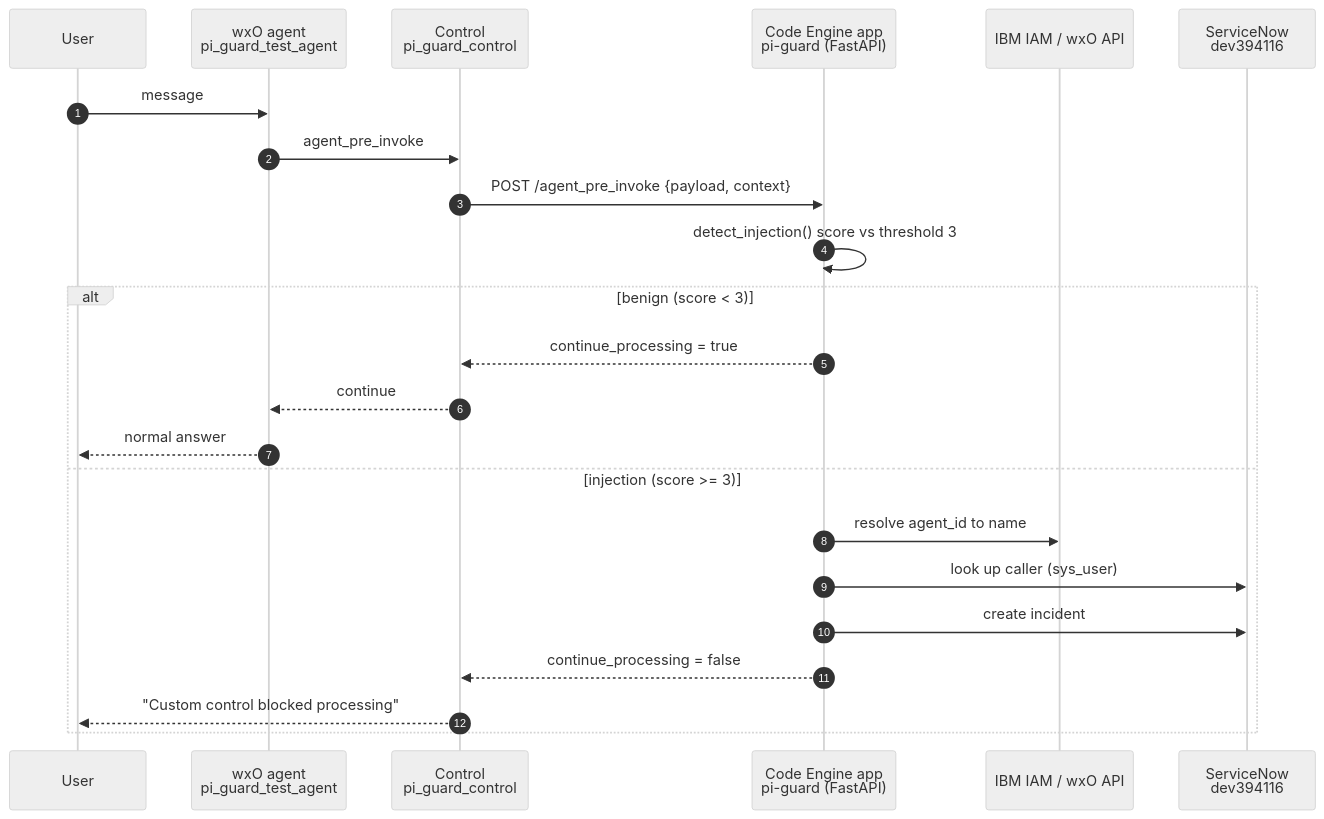
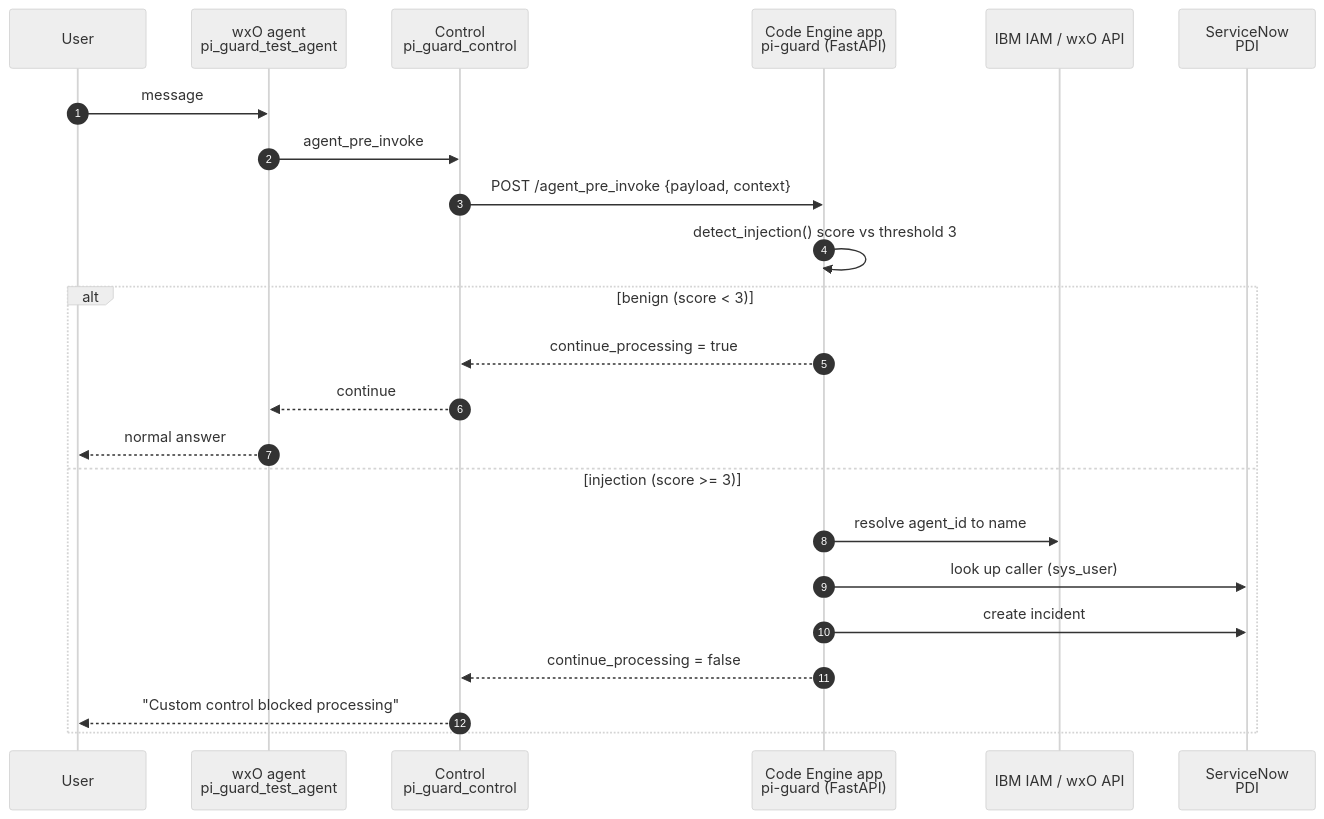
The first of 2 diagrams in docs/PI_GUARD.md (Sriramybis/Prompt_Injection_Trigger), drawn with Mermaid (neutral theme) before and after one commit. The commit also changed other lines of this file and 2 other files, not shown here.

````diff
--- a/docs/PI_GUARD.md
+++ b/docs/PI_GUARD.md
@@ -103,26 +103,26 @@
 ```mermaid
 sequenceDiagram
     autonumber
     participant U as User
     participant W as wxO agent<br/>pi_guard_test_agent
     participant C as Control<br/>pi_guard_control
     participant S as Code Engine app<br/>pi-guard (FastAPI)
     participant I as IBM IAM / wxO API
-    participant SN as ServiceNow<br/>dev394116
+    participant SN as ServiceNow<br/>PDI
 
     U->>W: message
     W->>C: agent_pre_invoke
     C->>S: POST /agent_pre_invoke {payload, context}
     S->>S: detect_injection() score vs threshold 3
     alt benign (score < 3)
         S-->>C: continue_processing = true
         C-->>W: continue
         W-->>U: normal answer
     else injection (score >= 3)
         S->>I: resolve agent_id to name
         S->>SN: look up caller (sys_user)
         S->>SN: create incident
         S-->>C: continue_processing = false
         C-->>U: "Custom control blocked processing"
     end
 ```
````
